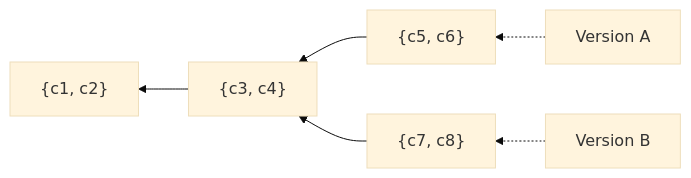
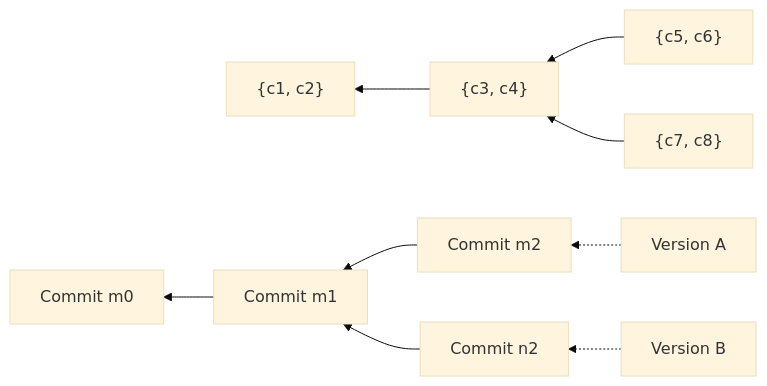
The second of 6 diagrams in packages/lix/docs/docs/guide/architecture.md (opral/monorepo), drawn with Mermaid (base theme) before and after one commit. The commit also changed other lines of this file, not shown here.

Commit message:
docs: enhance architecture documentation with clearer definitions and diagrams

````diff
--- a/packages/lix/docs/docs/guide/architecture.md
+++ b/packages/lix/docs/docs/guide/architecture.md
@@ -44,7 +51,11 @@
 ```mermaid
 graph RL
     CS3["{c5, c6}"] --> CS2["{c3, c4}"] --> CS1["{c1, c2}"]
     CS4["{c7, c8}"] --> CS2
-    V1["Version A"] -.-> CS3
-    V2["Version B"] -.-> CS4
+
+    C3["Commit m2"] --> C2["Commit m1"] --> C1["Commit m0"]
+    C4["Commit n2"] --> C2
+
+    V1["Version A"] -.-> C3
+    V2["Version B"] -.-> C4
 ```
````
